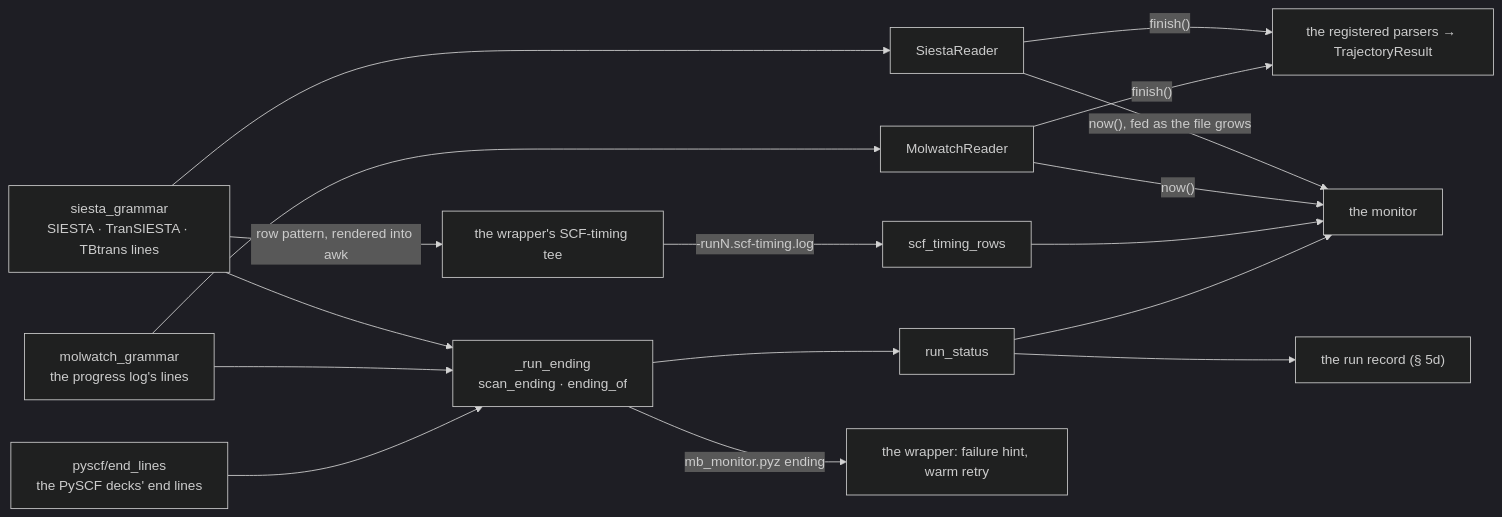
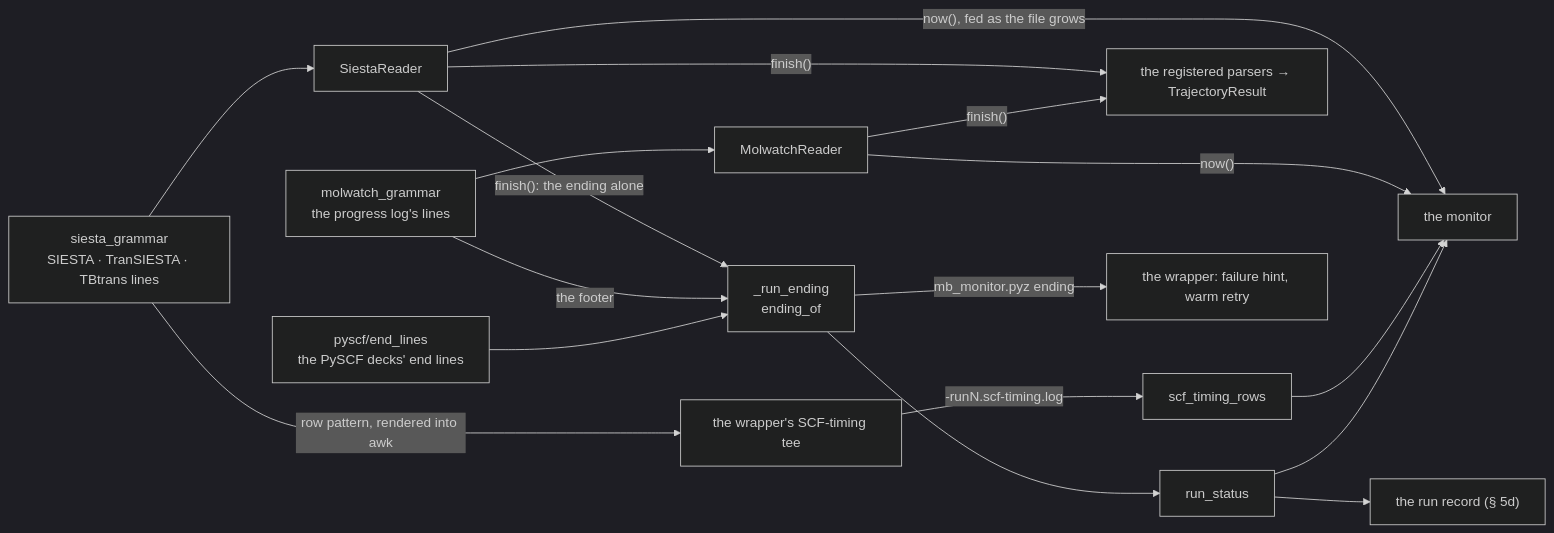
One commit to Qing-LAB/molbuilder changed the third of 5 diagrams in docs/model/parse.md. Above: the diagram before and after it, drawn with Mermaid (dark theme). The commit also changed other lines of this file and 61 other files, not shown here.

````diff
--- a/docs/model/parse.md
+++ b/docs/model/parse.md
@@ -530,26 +557,26 @@
 ```mermaid
 flowchart LR
     SG["siesta_grammar<br/>SIESTA · TranSIESTA · TBtrans lines"]
     MG["molwatch_grammar<br/>the progress log's lines"]
     EL["pyscf/end_lines<br/>the PySCF decks' end lines"]
     SR["SiestaReader"]
     MR["MolwatchReader"]
-    RE["_run_ending<br/>scan_ending · ending_of"]
+    RE["_run_ending<br/>ending_of"]
     TR["scf_timing_rows"]
     SG --> SR
     MG --> MR
-    SG --> RE
-    MG --> RE
+    SR -->|"finish(): the ending alone"| RE
+    MG -->|"the footer"| RE
     EL --> RE
     SG -->|"row pattern, rendered into awk"| TEE["the wrapper's SCF-timing tee"]
     TEE -->|"-runN.scf-timing.log"| TR
     SR -->|"finish()"| PA["the registered parsers → TrajectoryResult"]
     MR -->|"finish()"| PA
     SR -->|"now(), fed as the file grows"| MON["the monitor"]
     MR -->|"now()"| MON
     TR --> MON
     RE --> RS["run_status"]
     RS --> MON
     RS --> REC["the run record (§ 5d)"]
     RE -->|"mb_monitor.pyz ending"| WR["the wrapper: failure hint, warm retry"]
 ```
````
